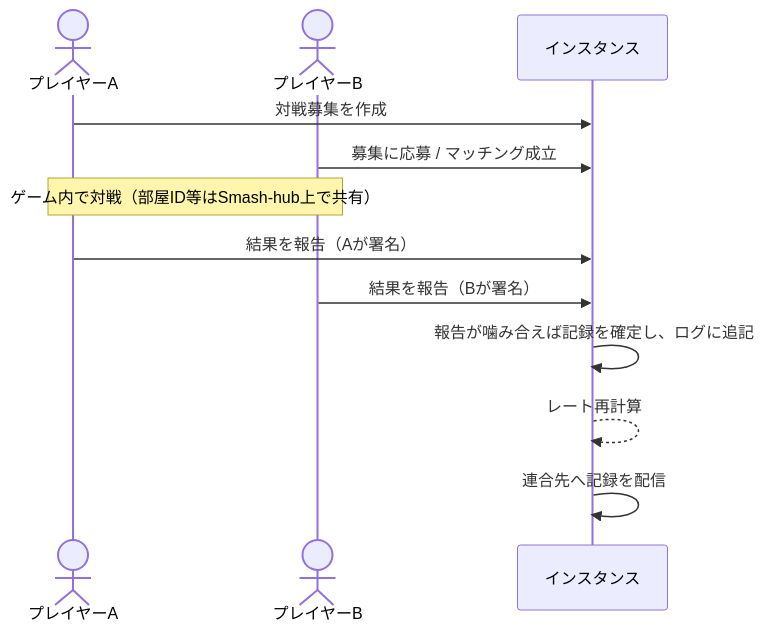
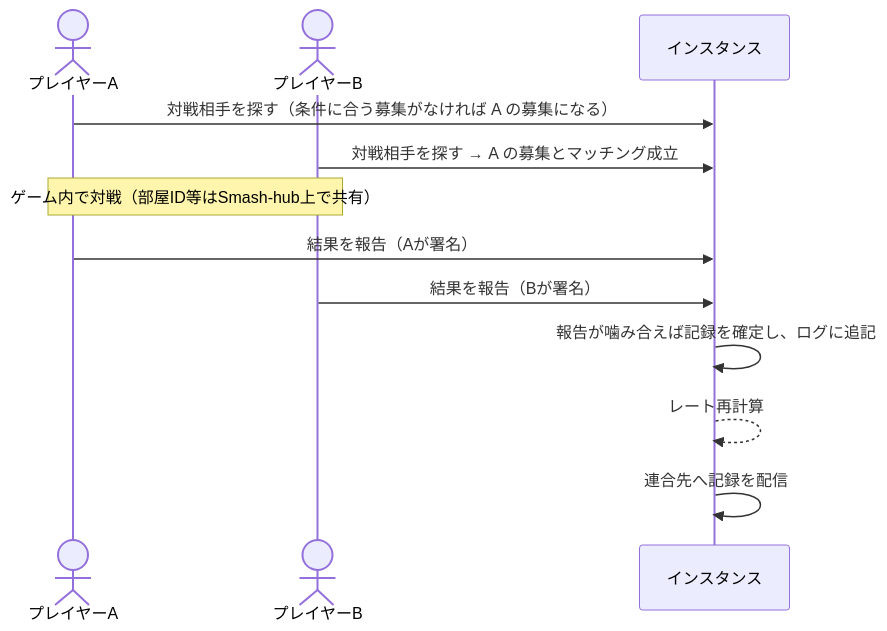
Before and after one commit to tacky0612/smash-hub: the second of 2 diagrams in docs/architecture/overview.md, drawn with Mermaid. The commit also changed other lines of this file and 8 other files, not shown here.

````diff
--- a/docs/architecture/overview.md
+++ b/docs/architecture/overview.md
@@ -77,14 +78,14 @@
 ```mermaid
 sequenceDiagram
   actor A as プレイヤーA
   actor B as プレイヤーB
   participant S as インスタンス
-  A->>S: 対戦募集を作成
-  B->>S: 募集に応募 / マッチング成立
+  A->>S: 対戦相手を探す（条件に合う募集がなければ A の募集になる）
+  B->>S: 対戦相手を探す → A の募集とマッチング成立
   Note over A,B: ゲーム内で対戦（部屋ID等はSmash-hub上で共有）
   A->>S: 結果を報告（Aが署名）
   B->>S: 結果を報告（Bが署名）
   S->>S: 報告が噛み合えば記録を確定し、ログに追記
   S-->>S: レート再計算
   S->>S: 連合先へ記録を配信
 ```
````
